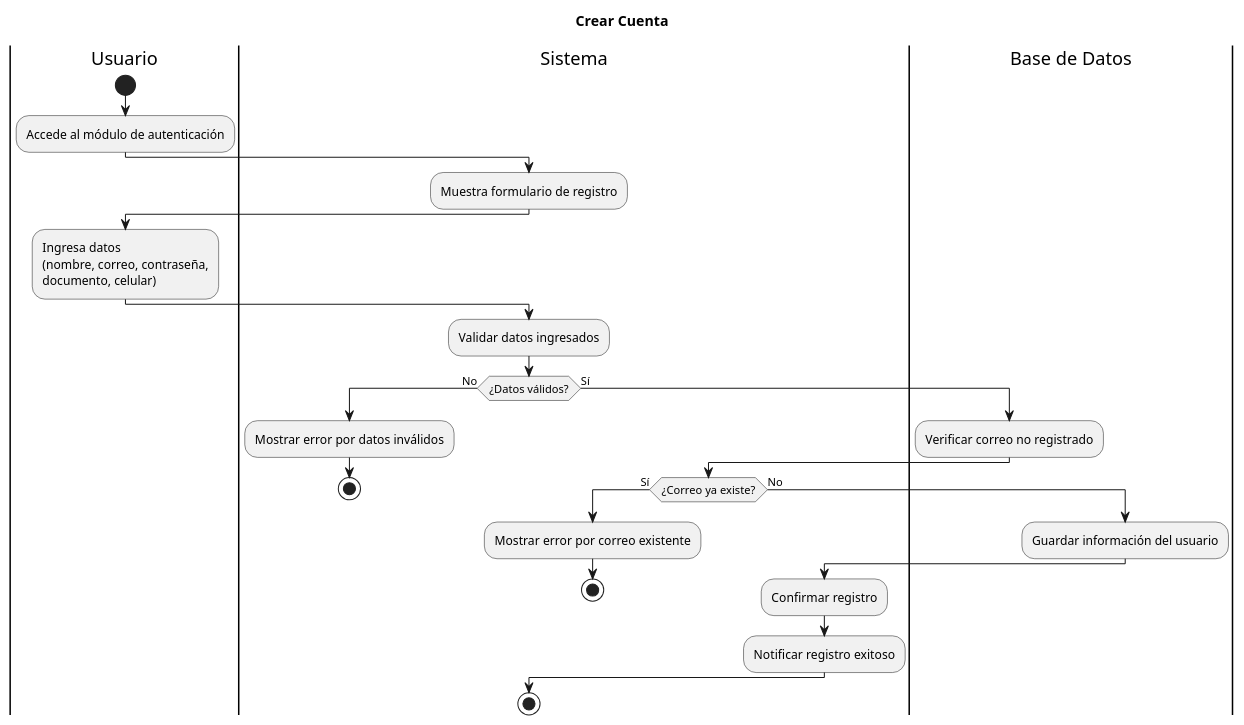
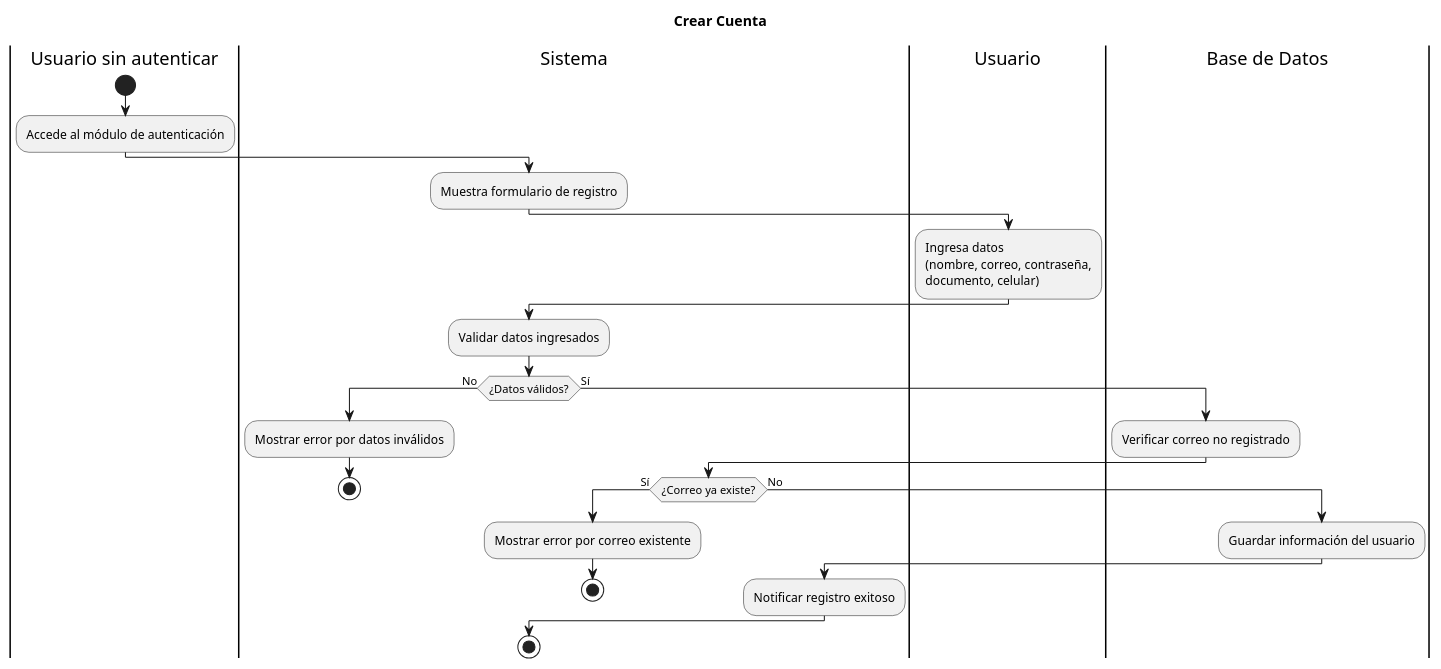
Before and after one commit to LauKnitIn/SISTEMA-GESTOR-DE-RECORRIDOS: the diagram in diagramas_modulo_autenticacion/actividades-modulo-autenticacion/Actividades_Crear_cuenta.puml, drawn with PlantUML. The commit also changed 2 other files, not shown here.

Commit message:
Se actualizaron los diagramas de Crear cuenta

```diff
--- a/diagramas_modulo_autenticacion/actividades-modulo-autenticacion/Actividades_Crear_cuenta.puml
+++ b/diagramas_modulo_autenticacion/actividades-modulo-autenticacion/Actividades_Crear_cuenta.puml
@@ -1,44 +1,43 @@
 @startuml
 title Crear Cuenta
 
-|Usuario|
+|Usuario sin autenticar|
 start
 :Accede al módulo de autenticación;
 
 |Sistema|
 :Muestra formulario de registro;
 
 |Usuario|
 :Ingresa datos 
 (nombre, correo, contraseña,
 documento, celular);
 
 |Sistema|
 :Validar datos ingresados;
 
 if (¿Datos válidos?) then (No)
   :Mostrar error por datos inválidos;
   stop
 else (Sí)
 
   |Base de Datos|
   :Verificar correo no registrado;
 
   |Sistema|
   if (¿Correo ya existe?) then (Sí)
     :Mostrar error por correo existente;
     stop
   else (No)
 
     |Base de Datos|
     :Guardar información del usuario;
 
     |Sistema|
-    :Confirmar registro;
     :Notificar registro exitoso;
 
   endif
 endif
 
 stop
 @enduml
```
